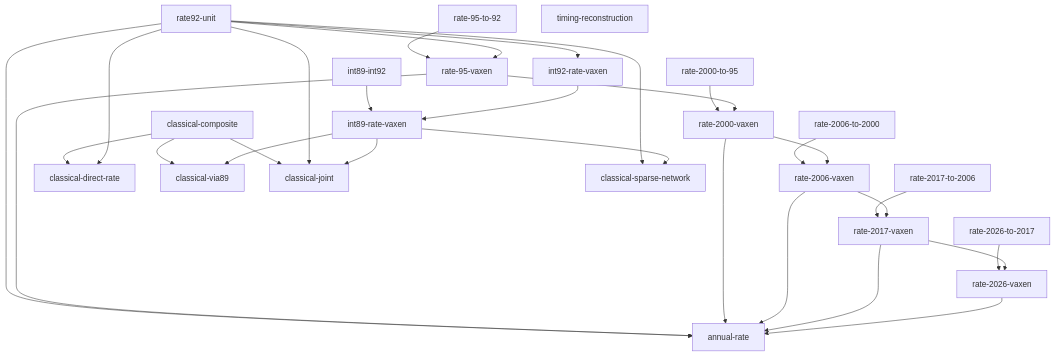
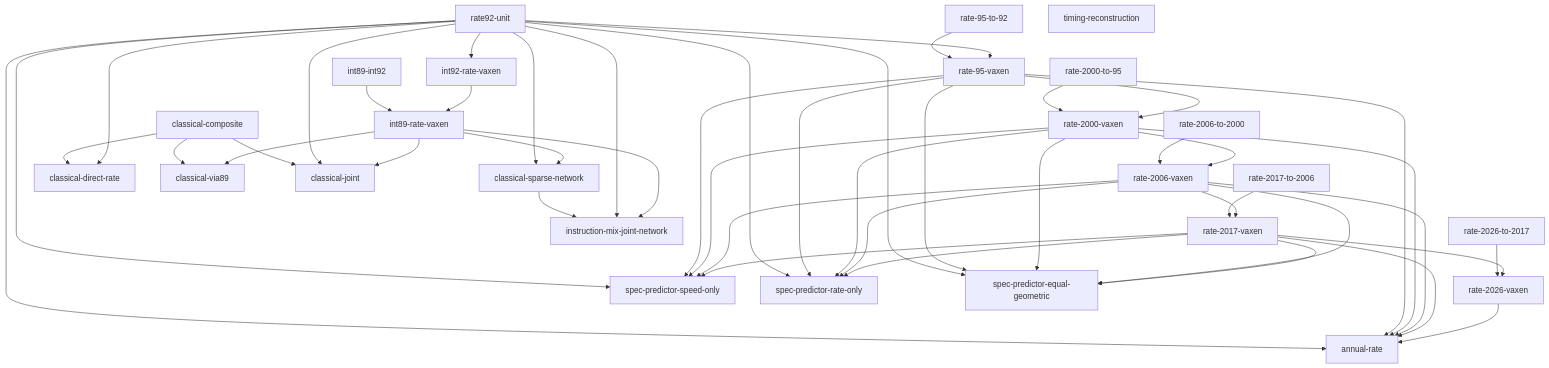
One commit to NeoChen1024/CPUShowSpeed changed the diagram in research/catalog.md. Above: the diagram before and after it, drawn with Mermaid. The commit also changed other lines of this file and 27 other files, not shown here.

First line of the commit message:
Refit the mix network and speed/rate predictors on the built database

````diff
--- a/research/catalog.md
+++ b/research/catalog.md
@@ -49,52 +53,74 @@
 ```mermaid
 flowchart TD
     rate92_unit["rate92-unit"]
     rate_95_to_92["rate-95-to-92"]
     rate_95_vaxen["rate-95-vaxen"]
     rate_95_to_92 --> rate_95_vaxen
     rate92_unit --> rate_95_vaxen
     rate_2000_to_95["rate-2000-to-95"]
     rate_2000_vaxen["rate-2000-vaxen"]
     rate_2000_to_95 --> rate_2000_vaxen
     rate_95_vaxen --> rate_2000_vaxen
     rate_2006_to_2000["rate-2006-to-2000"]
     rate_2006_vaxen["rate-2006-vaxen"]
     rate_2006_to_2000 --> rate_2006_vaxen
     rate_2000_vaxen --> rate_2006_vaxen
     rate_2017_to_2006["rate-2017-to-2006"]
     rate_2017_vaxen["rate-2017-vaxen"]
     rate_2017_to_2006 --> rate_2017_vaxen
     rate_2006_vaxen --> rate_2017_vaxen
     rate_2026_to_2017["rate-2026-to-2017"]
     rate_2026_vaxen["rate-2026-vaxen"]
     rate_2026_to_2017 --> rate_2026_vaxen
     rate_2017_vaxen --> rate_2026_vaxen
     annual_rate["annual-rate"]
     rate92_unit --> annual_rate
     rate_95_vaxen --> annual_rate
     rate_2000_vaxen --> annual_rate
     rate_2006_vaxen --> annual_rate
     rate_2017_vaxen --> annual_rate
     rate_2026_vaxen --> annual_rate
     int89_int92["int89-int92"]
     int92_rate_vaxen["int92-rate-vaxen"]
     rate92_unit --> int92_rate_vaxen
     int89_rate_vaxen["int89-rate-vaxen"]
     int89_int92 --> int89_rate_vaxen
     int92_rate_vaxen --> int89_rate_vaxen
     classical_composite["classical-composite"]
     classical_direct_rate["classical-direct-rate"]
     classical_composite --> classical_direct_rate
     rate92_unit --> classical_direct_rate
     classical_via89["classical-via89"]
     classical_composite --> classical_via89
     int89_rate_vaxen --> classical_via89
     classical_joint["classical-joint"]
     classical_composite --> classical_joint
     rate92_unit --> classical_joint
     int89_rate_vaxen --> classical_joint
     timing_reconstruction["timing-reconstruction"]
     classical_sparse_network["classical-sparse-network"]
     rate92_unit --> classical_sparse_network
     int89_rate_vaxen --> classical_sparse_network
+    instruction_mix_joint_network["instruction-mix-joint-network"]
+    classical_sparse_network --> instruction_mix_joint_network
+    rate92_unit --> instruction_mix_joint_network
+    int89_rate_vaxen --> instruction_mix_joint_network
+    spec_predictor_speed_only["spec-predictor-speed-only"]
+    rate92_unit --> spec_predictor_speed_only
+    rate_95_vaxen --> spec_predictor_speed_only
+    rate_2000_vaxen --> spec_predictor_speed_only
+    rate_2006_vaxen --> spec_predictor_speed_only
+    rate_2017_vaxen --> spec_predictor_speed_only
+    spec_predictor_rate_only["spec-predictor-rate-only"]
+    rate92_unit --> spec_predictor_rate_only
+    rate_95_vaxen --> spec_predictor_rate_only
+    rate_2000_vaxen --> spec_predictor_rate_only
+    rate_2006_vaxen --> spec_predictor_rate_only
+    rate_2017_vaxen --> spec_predictor_rate_only
+    spec_predictor_equal_geometric["spec-predictor-equal-geometric"]
+    rate92_unit --> spec_predictor_equal_geometric
+    rate_95_vaxen --> spec_predictor_equal_geometric
+    rate_2000_vaxen --> spec_predictor_equal_geometric
+    rate_2006_vaxen --> spec_predictor_equal_geometric
+    rate_2017_vaxen --> spec_predictor_equal_geometric
 ```
````
